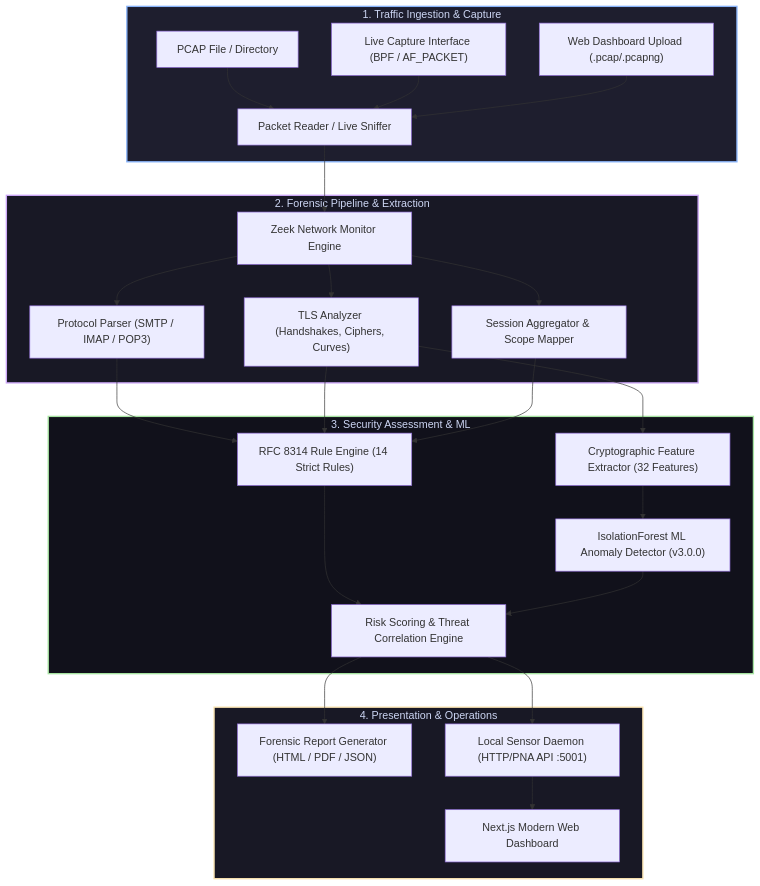
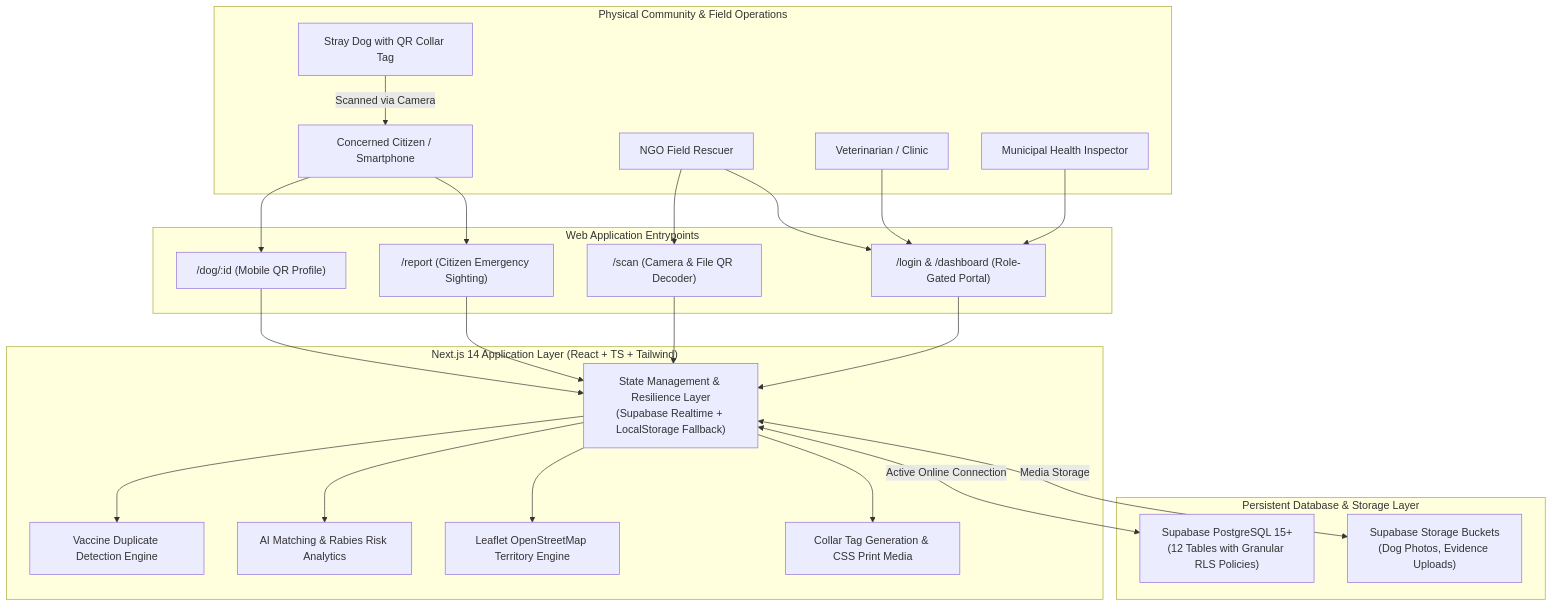
One commit to tirthagarwal/email-forensics changed the diagram in README.md. Above: the diagram before and after it, drawn with Mermaid. The commit also changed other lines of this file and 50 other files, not shown here.

Commit message:
feat: complete RescueAI — QR dog profiles, citizen login, 28 pages, Vercel deploy ready

````diff
--- a/README.md
+++ b/README.md
@@ -16,33 +36,51 @@
 ```mermaid
 flowchart TD
-    subgraph TrafficSource ["1. Traffic Ingestion & Capture"]
-        A1["PCAP File / Directory"] --> B["Packet Reader / Live Sniffer"]
-        A2["Live Capture Interface (BPF / AF_PACKET)"] --> B
-        A3["Web Dashboard Upload (.pcap/.pcapng)"] --> B
+    subgraph PhysicalWorld ["Physical Community & Field Operations"]
+        Dog["Stray Dog with QR Collar Tag"]
+        Citizen["Concerned Citizen / Smartphone"]
+        FieldWorker["NGO Field Rescuer"]
+        VetDoctor["Veterinarian / Clinic"]
+        MuniOfficer["Municipal Health Inspector"]
     end
 
-    subgraph ForensicEngine ["2. Forensic Pipeline & Extraction"]
-        B --> C["Zeek Network Monitor Engine"]
-        C --> D1["Protocol Parser (SMTP / IMAP / POP3)"]
-        C --> D2["TLS Analyzer (Handshakes, Ciphers, Curves)"]
-        C --> D3["Session Aggregator & Scope Mapper"]
+    subgraph AccessPoints ["Web Application Entrypoints"]
+        PublicScan["/dog/:id (Mobile QR Profile)"]
+        PublicReport["/report (Citizen Emergency Sighting)"]
+        ScannerTool["/scan (Camera & File QR Decoder)"]
+        StaffPortal["/login & /dashboard (Role-Gated Portal)"]
     end
 
-    subgraph AnalyticsEngine ["3. Security Assessment & ML"]
-        D1 & D2 & D3 --> E["RFC 8314 Rule Engine (14 Strict Rules)"]
-        D2 --> F["Cryptographic Feature Extractor (32 Features)"]
-        F --> G["IsolationForest ML Anomaly Detector (v3.0.0)"]
-        E & G --> H["Risk Scoring & Threat Correlation Engine"]
+    subgraph ApplicationLayer ["Next.js 14 Application Layer (React + TS + Tailwind)"]
+        Store["State Management & Resilience Layer\n(Supabase Realtime + LocalStorage Fallback)"]
+        DupEngine["Vaccine Duplicate Detection Engine"]
+        AIEngine["AI Matching & Rabies Risk Analytics"]
+        MapEngine["Leaflet OpenStreetMap Territory Engine"]
+        PrintEngine["Collar Tag Generation & CSS Print Media"]
     end
 
-    subgraph Delivery ["4. Presentation & Operations"]
-        H --> I1["Forensic Report Generator (HTML / PDF / JSON)"]
-        H --> I2["Local Sensor Daemon (HTTP/PNA API :5001)"]
-        I2 --> J["Next.js Modern Web Dashboard"]
+    subgraph DataStorage ["Persistent Database & Storage Layer"]
+        PG["Supabase PostgreSQL 15+\n(12 Tables with Granular RLS Policies)"]
+        S3["Supabase Storage Buckets\n(Dog Photos, Evidence Uploads)"]
     end
 
-    style TrafficSource fill:#1e1e2e,stroke:#89b4fa,stroke-width:2px,color:#cdd6f4
-    style ForensicEngine fill:#181825,stroke:#cba6f7,stroke-width:2px,color:#cdd6f4
-    style AnalyticsEngine fill:#11111b,stroke:#a6e3a1,stroke-width:2px,color:#cdd6f4
-    style Delivery fill:#181825,stroke:#f9e2af,stroke-width:2px,color:#cdd6f4
+    Dog -->|Scanned via Camera| Citizen
+    Citizen --> PublicScan
+    Citizen --> PublicReport
+    FieldWorker --> ScannerTool
+    FieldWorker --> StaffPortal
+    VetDoctor --> StaffPortal
+    MuniOfficer --> StaffPortal
+
+    PublicScan --> Store
+    PublicReport --> Store
+    ScannerTool --> Store
+    StaffPortal --> Store
+
+    Store --> DupEngine
+    Store --> AIEngine
+    Store --> MapEngine
+    Store --> PrintEngine
+
+    Store <-->|Active Online Connection| PG
+    Store <-->|Media Storage| S3
 ```
````
